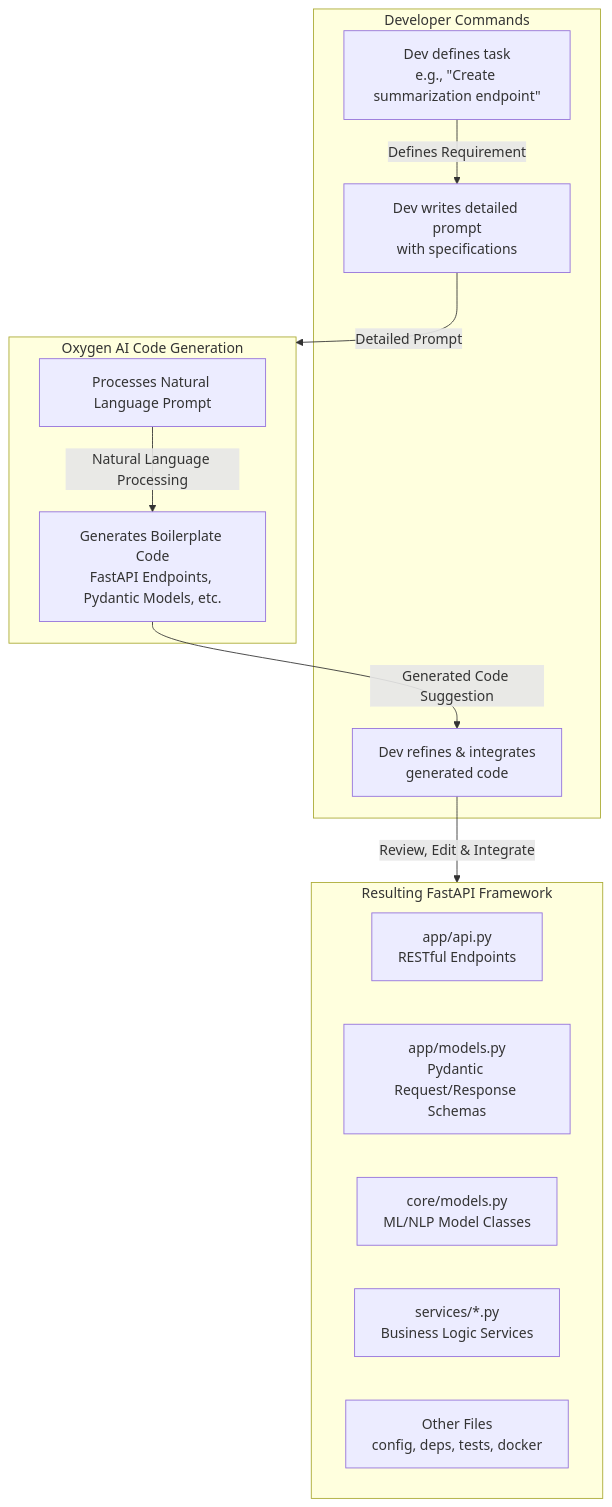
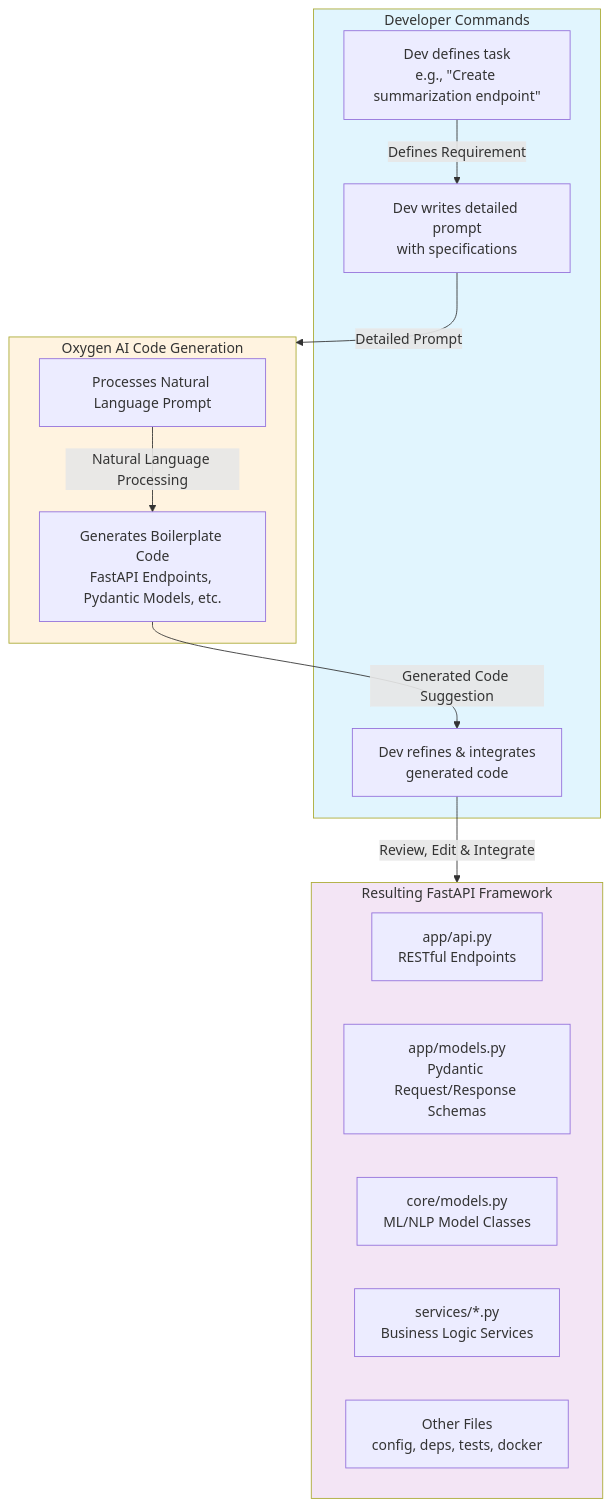
Before and after one commit to hperedo/Python-Script-for-ML-NLP-Development-Framework: the first of 2 diagrams in README.md, drawn with Mermaid.

````diff
--- a/README.md
+++ b/README.md
@@ -34,27 +34,31 @@
 ```mermaid
 flowchart TD
     subgraph Developer [Developer Commands]
         A[Dev defines task<br>e.g., &quot;Create summarization endpoint&quot;]
         B[Dev writes detailed prompt<br>with specifications]
         C[Dev refines & integrates<br>generated code]
     end
 
     subgraph OxygenAI [Oxygen AI Code Generation]
         D[Processes Natural Language Prompt]
         E[Generates Boilerplate Code<br>FastAPI Endpoints, Pydantic Models, etc.]
     end
 
     subgraph FastAPIFramework [Resulting FastAPI Framework]
         F[app/api.py<br>RESTful Endpoints]
         G[app/models.py<br>Pydantic Request/Response Schemas]
         H[core/models.py<br>ML/NLP Model Classes]
         I[services/*.py<br>Business Logic Services]
         J[Other Files<br>config, deps, tests, docker]
     end
 
     A -- "Defines Requirement" --> B
     B -- "Detailed Prompt" --> OxygenAI
     D -- "Natural Language Processing" --> E
     E -- "Generated Code Suggestion" --> C
     C -- "Review, Edit & Integrate" --> FastAPIFramework
+
+    style Developer fill:#e1f5fe
+    style OxygenAI fill:#fff3e0
+    style FastAPIFramework fill:#f3e5f5
 ```
````
